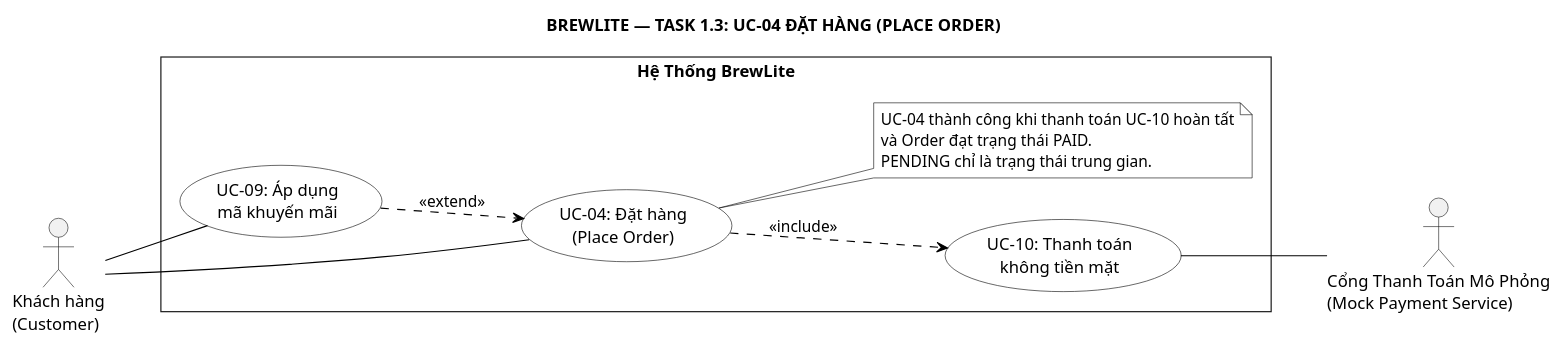
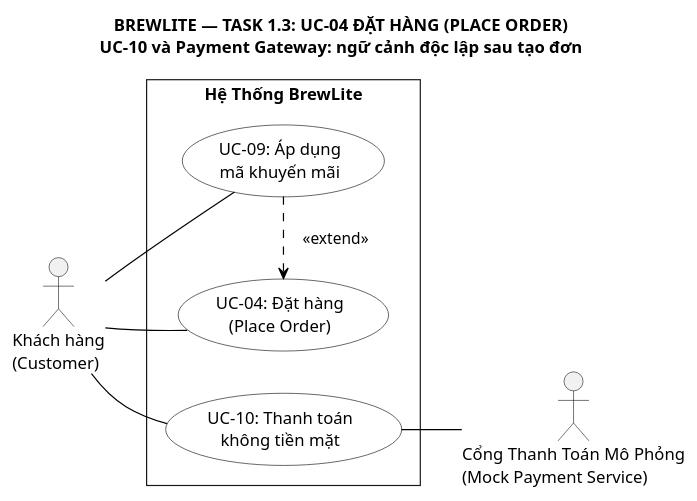
The diagram in docs/requirements/use-case-place-order.puml (vohuunghiaah/brewlite), drawn with PlantUML before and after one commit. The commit also changed 10 other files, not shown here.

```diff
--- a/docs/requirements/use-case-place-order.puml
+++ b/docs/requirements/use-case-place-order.puml
@@ -1,45 +1,44 @@
 @startuml brewlite-usecase-place-order
 ' BrewLite — Task 1.3 — Đặc tả Use Case Chi tiết UC-04 Đặt hàng
-' Tài liệu tham chiếu: SRS 1.3.2 và REQ-UC-04 v1.3.2
-' Mô hình chuẩn UML: UC-04 bắt buộc bao gồm (<<include>>) thanh toán UC-10
+' Tài liệu tham chiếu: SRS 1.4.0 và REQ-UC-04 v1.4.0
+' UC-04 tạo đơn PENDING; UC-10 thanh toán độc lập trên đơn đã tồn tại.
 
 skinparam monochrome true
 skinparam shadowing false
 skinparam defaultFontName Arial
 skinparam roundCorner 0
+skinparam nodesep 35
+skinparam ranksep 35
 skinparam usecase {
-    BackgroundColor White
-    BorderColor Black
-    ArrowColor Black
-}
-skinparam note {
     BackgroundColor White
     BorderColor Black
     ArrowColor Black
 }
 left to right direction
 
-title BREWLITE — TASK 1.3: UC-04 ĐẶT HÀNG (PLACE ORDER)
+title BREWLITE — TASK 1.3: UC-04 ĐẶT HÀNG (PLACE ORDER)\nUC-10 và Payment Gateway: ngữ cảnh độc lập sau tạo đơn
 
 actor "Khách hàng\n(Customer)" as Customer
 
 rectangle "Hệ Thống BrewLite" {
     usecase "UC-09: Áp dụng\nmã khuyến mãi" as UC9
     usecase "UC-04: Đặt hàng\n(Place Order)" as UC4
     usecase "UC-10: Thanh toán\nkhông tiền mặt" as UC10
 
-    note "UC-04 thành công khi thanh toán UC-10 hoàn tất\nvà Order đạt trạng thái PAID.\nPENDING chỉ là trạng thái trung gian." as N1
-    UC4 .. N1
+    ' Liên kết ẩn chỉ xếp ba Use Case theo trục dọc.
+    UC9 -[hidden]left-> UC4
+    UC4 -[hidden]left-> UC10
 }
 
 actor "Cổng Thanh Toán Mô Phỏng\n(Mock Payment Service)" as PaymentGateway
 
-Customer -- UC4
-Customer -- UC9
+Customer -[norank]- UC4
+Customer -[hidden]down-> UC4
+Customer -[norank]- UC10
+Customer -[norank]- UC9
 
-UC9 ..> UC4 : <<extend>>
-UC4 ..> UC10 : <<include>>
+UC9 -[dashed,norank]-> UC4 : <color:transparent>................................</color><<extend>>
 
 UC10 -- PaymentGateway
 
 @enduml
```
